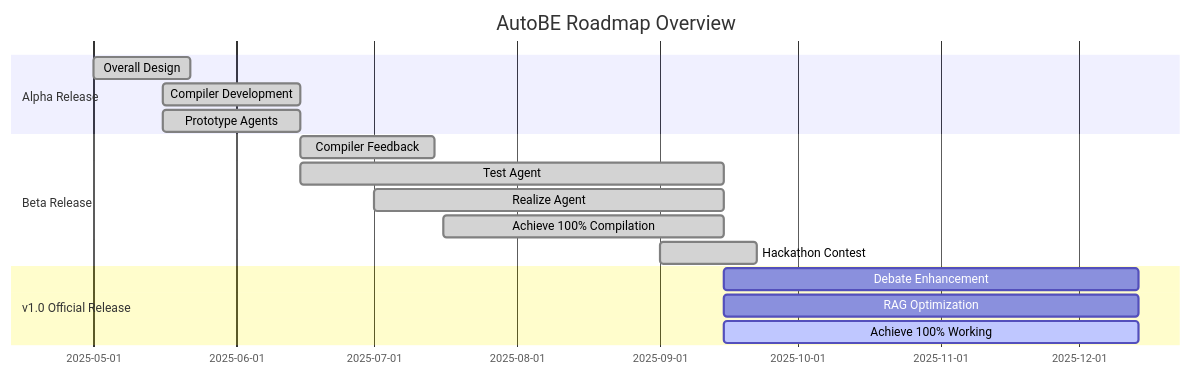
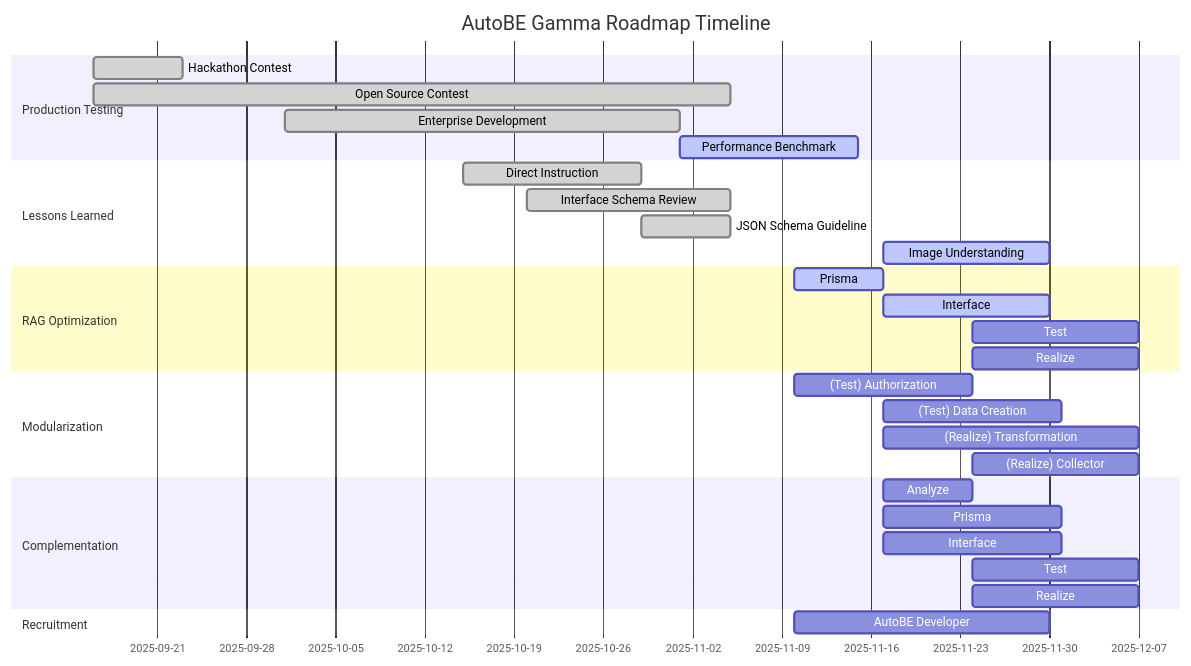
Before and after one commit to RavenView-ai/autobe: the second of 2 diagrams in README.md, drawn with Mermaid. The commit also changed other lines of this file and 2 other files, not shown here.

Commit message:
feat(website): update roadmap status (#780)

````diff
--- a/README.md
+++ b/README.md
@@ -179,22 +179,39 @@
 ```mermaid
 gantt
   dateFormat YYYY-MM-DD
-  title AutoBE Roadmap Overview
+  title AutoBE Gamma Roadmap Timeline
 
-  section Alpha Release
-  Overall Design: done, 2025-05-01, 21d
-  Compiler Development: done, 2025-05-16, 30d
-  Prototype Agents: done, 2025-05-16, 30d
+  section Production Testing
+  Hackathon Contest     : done  , 2025-09-16,  7d
+  Open Source Contest   : done  , 2025-09-16, 50d
+  Enterprise Development: done  , 2025-10-01, 31d
+  Performance Benchmark : active, 2025-11-01, 14d
 
-  section Beta Release
-  Compiler Feedback: done, 2025-06-15, 29d
-  Test Agent: done, 2025-06-15, 92d
-  Realize Agent: done, 2025-07-01, 76d
-  Achieve 100% Compilation: done, 2025-07-16, 61d
-  Hackathon Contest: done, 2025-09-01, 21d
+  section Lessons Learned
+  Direct Instruction     : done  , 2025-10-15, 14d
+  Interface Schema Review: done  , 2025-10-20, 16d
+  JSON Schema Guideline  : done  , 2025-10-29,  7d
+  Image Understanding    : active, 2025-11-17, 13d
 
-  section v1.0 Official Release
-  Debate Enhancement: planned, 2025-09-15, 90d
-  RAG Optimization: planned, 2025-09-15, 90d
-  Achieve 100% Working: active, 2025-09-15, 90d
+  section RAG Optimization
+  Prisma   : active,  2025-11-10,  7d
+  Interface: active,  2025-11-17, 13d
+  Test     : planned, 2025-11-24, 13d
+  Realize  : planned, 2025-11-24, 13d
+
+  section Modularization
+  (Test) Authorization    : planned, 2025-11-10, 14d
+  (Test) Data Creation    : planned, 2025-11-17, 14d
+  (Realize) Transformation: planned, 2025-11-17, 20d
+  (Realize) Collector     : planned, 2025-11-24, 13d
+
+  section Complementation
+  Analyze  : planned, 2025-11-17,  7d
+  Prisma   : planned, 2025-11-17, 14d
+  Interface: planned, 2025-11-17, 14d
+  Test     : planned, 2025-11-24, 13d
+  Realize  : planned, 2025-11-24, 13d
+
+  section Recruitment
+  AutoBE Developer: planned, 2025-11-10, 20d
 ```
````
